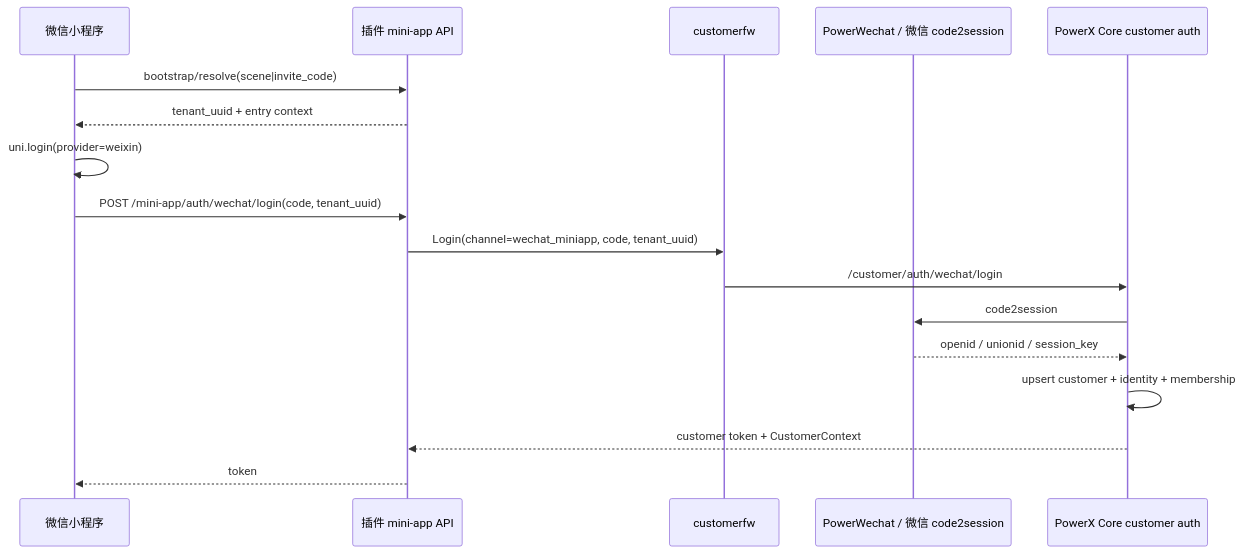
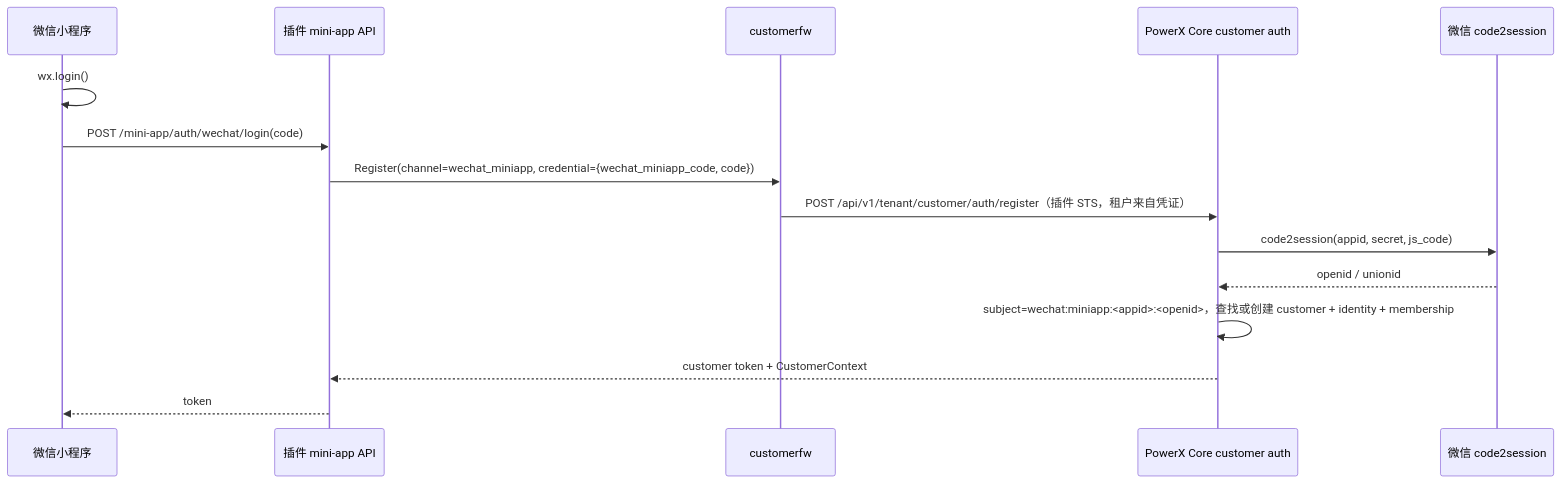
The fourth of 4 diagrams in docs/guides/develop/auth/customer.md (ArtisanCloud/PowerXPlugin), drawn with Mermaid before and after one commit. The commit also changed other lines of this file and 4 other files, not shown here.

````diff
--- a/docs/guides/develop/auth/customer.md
+++ b/docs/guides/develop/auth/customer.md
@@ -190,20 +194,18 @@
 ```mermaid
 sequenceDiagram
   participant MP as 微信小程序
   participant Plugin as 插件 mini-app API
   participant FW as customerfw
-  participant WX as PowerWechat / 微信 code2session
   participant Core as PowerX Core customer auth
+  participant WX as 微信 code2session
 
-  MP->>Plugin: bootstrap/resolve(scene|invite_code)
-  Plugin-->>MP: tenant_uuid + entry context
-  MP->>MP: uni.login(provider=weixin)
-  MP->>Plugin: POST /mini-app/auth/wechat/login(code, tenant_uuid)
-  Plugin->>FW: Login(channel=wechat_miniapp, code, tenant_uuid)
-  FW->>Core: /customer/auth/wechat/login
-  Core->>WX: code2session
-  WX-->>Core: openid / unionid / session_key
-  Core->>Core: upsert customer + identity + membership
+  MP->>MP: wx.login()
+  MP->>Plugin: POST /mini-app/auth/wechat/login(code)
+  Plugin->>FW: Register(channel=wechat_miniapp, credential={wechat_miniapp_code, code})
+  FW->>Core: POST /api/v1/tenant/customer/auth/register（插件 STS，租户来自凭证）
+  Core->>WX: code2session(appid, secret, js_code)
+  WX-->>Core: openid / unionid
+  Core->>Core: subject=wechat:miniapp:<appid>:<openid>，查找或创建 customer + identity + membership
   Core-->>Plugin: customer token + CustomerContext
   Plugin-->>MP: token
 ```
````
